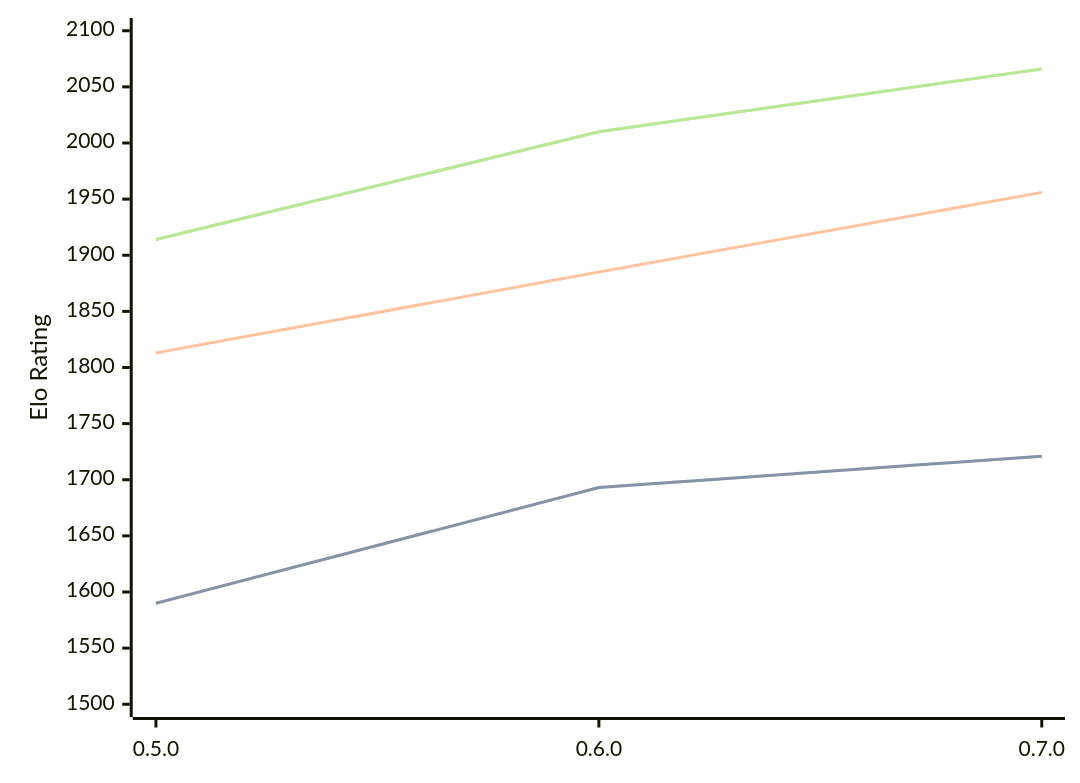
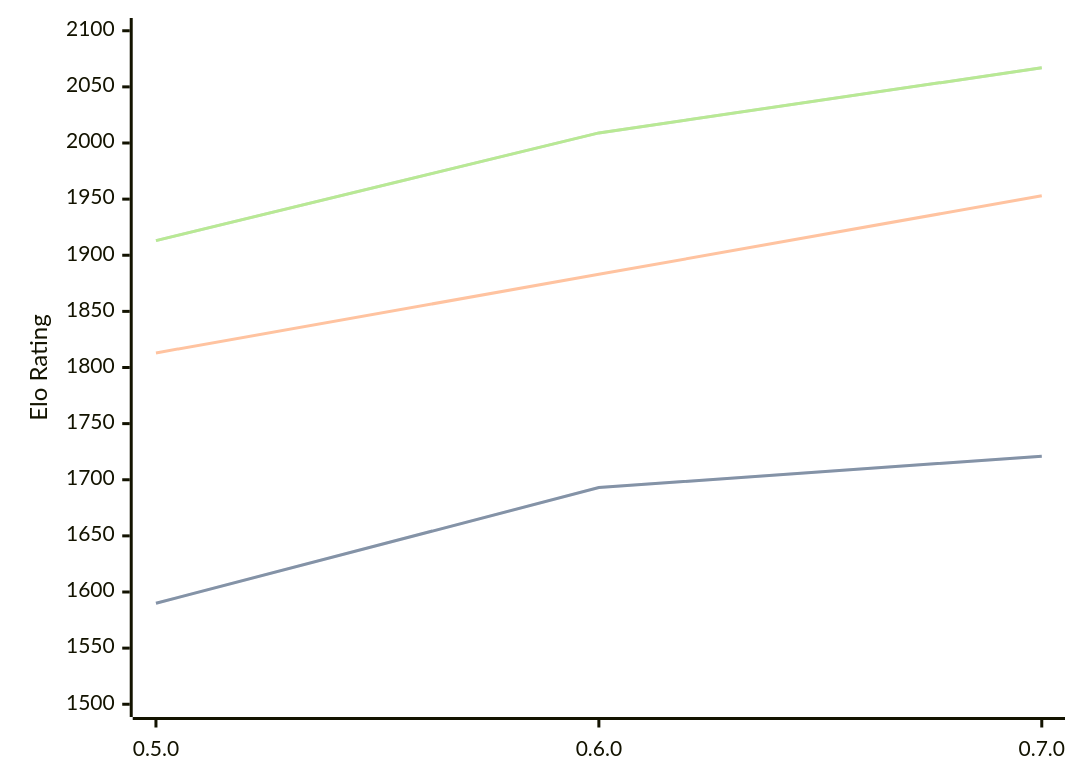
One commit to computer-chess-index/cci changed the diagram in engines/Chess-rs.md. Above: the diagram before and after it, drawn with Mermaid. The commit also changed other lines of this file, not shown here.

Commit message:
Update CCI Ratings (ELO VLTC) - 2026-04-16

````diff
--- a/engines/Chess-rs.md
+++ b/engines/Chess-rs.md
@@ -41,11 +41,11 @@
 ```mermaid
 %%{init: {"theme":"base","themeVariables":{"seriesColors:['#a3a3a3','#222221','#faa371']}}}%%
 xychart-beta
   x-axis ["0.5.0", "0.6.0", "0.7.0"]
   y-axis "Elo Rating" 1500 --> 2100
   line "STC (8.0+0.08s)" [1590, 1693, 1721]
   line "STC (8.0+0.08s)" [1590, 1693, 1721]
-  line "LTC (60.0+0.60s)" [1813, 1885, 1956]
-  line "VLTC (2m24s+1.12s)" [1914, 2010, 2066]
-  line "VLTC (2m24s+1.12s)" [1914, 2010, 2066]
+  line "LTC (60.0+0.60s)" [1813, 1883, 1953]
+  line "VLTC (2m24s+1.12s)" [1913, 2009, 2067]
+  line "VLTC (2m24s+1.12s)" [1913, 2009, 2067]
 ```
````
